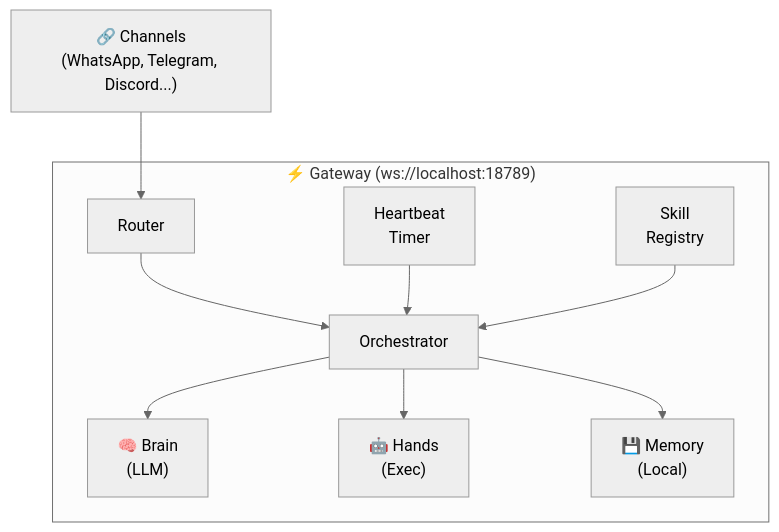
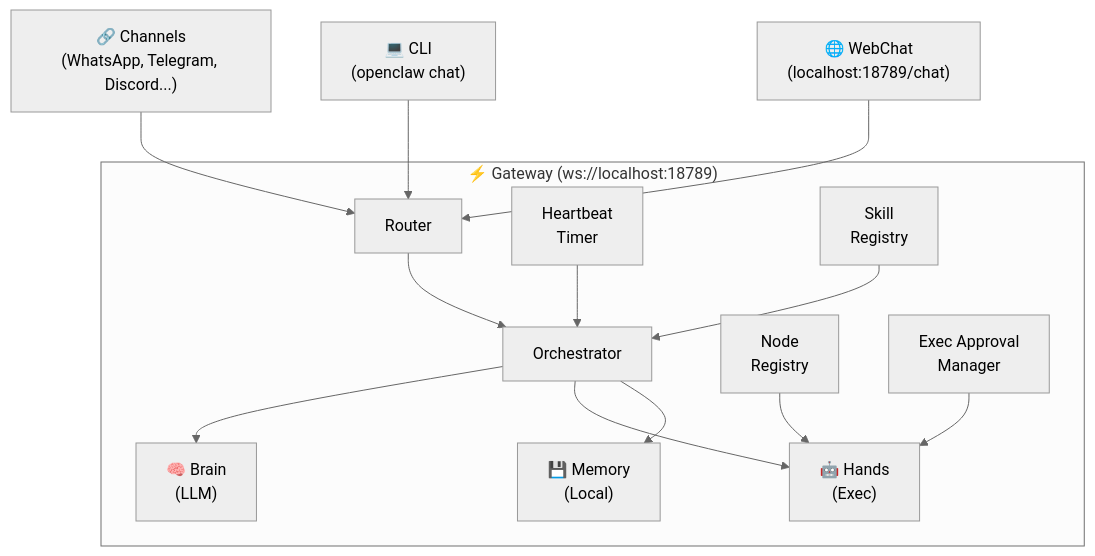
Before and after one commit to clawdocs/clawdocs.github.io: the first of 2 diagrams in docs/architecture/overview.md, drawn with Mermaid (neutral theme). The commit also changed other lines of this file and 4 other files, not shown here.

First line of the commit message:
Expand all 5 architecture pages (582 → 1,300 lines)

````diff
--- a/docs/architecture/overview.md
+++ b/docs/architecture/overview.md
@@ -13,22 +13,30 @@
 ```mermaid
 graph TD
     Channels["🔗 Channels<br/>(WhatsApp, Telegram, Discord...)"]
+    CLI["💻 CLI<br/>(openclaw chat)"]
+    WebChat["🌐 WebChat<br/>(localhost:18789/chat)"]
 
     subgraph Gateway["⚡ Gateway (ws://localhost:18789)"]
         Router["Router"]
         Heartbeat["Heartbeat<br/>Timer"]
         SkillReg["Skill<br/>Registry"]
         Orchestrator["Orchestrator"]
         Brain["🧠 Brain<br/>(LLM)"]
         Hands["🤖 Hands<br/>(Exec)"]
         Memory["💾 Memory<br/>(Local)"]
+        NodeReg["Node<br/>Registry"]
+        ExecMgr["Exec Approval<br/>Manager"]
     end
 
     Channels --> Router
+    CLI --> Router
+    WebChat --> Router
     Router --> Orchestrator
     Heartbeat --> Orchestrator
     SkillReg --> Orchestrator
     Orchestrator --> Brain
     Orchestrator --> Hands
     Orchestrator --> Memory
+    NodeReg --> Hands
+    ExecMgr --> Hands
 ```
````
